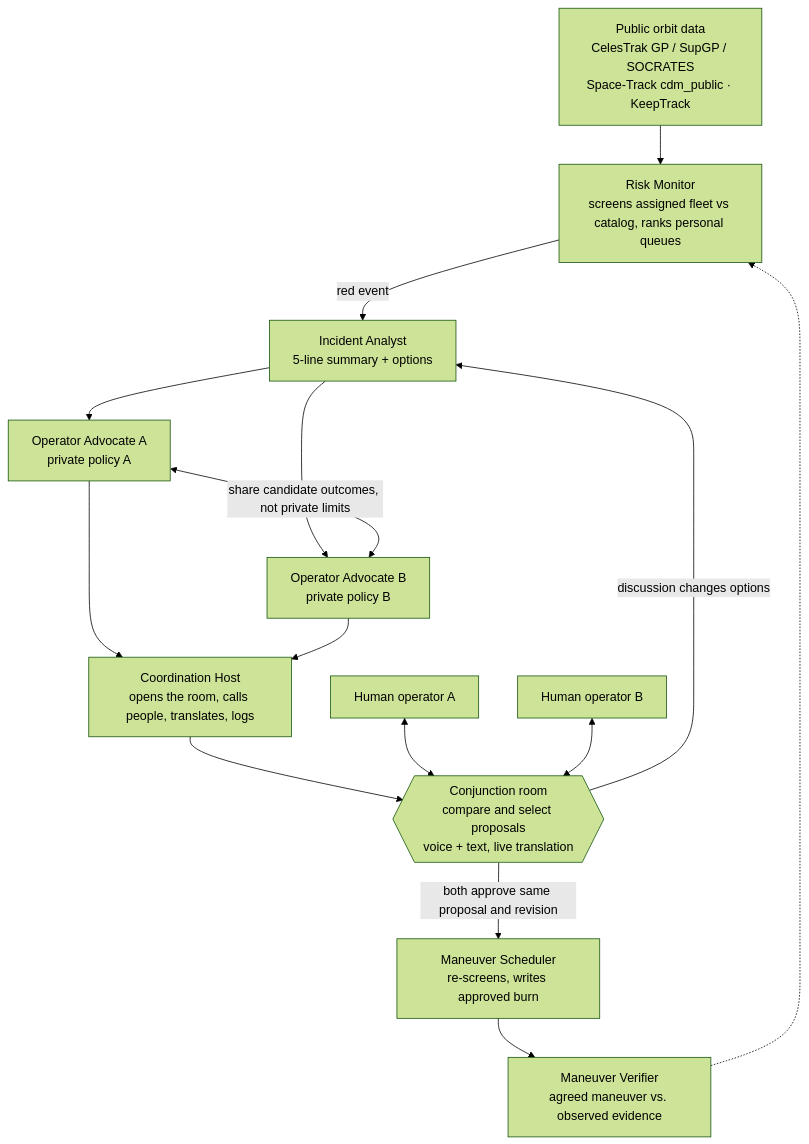
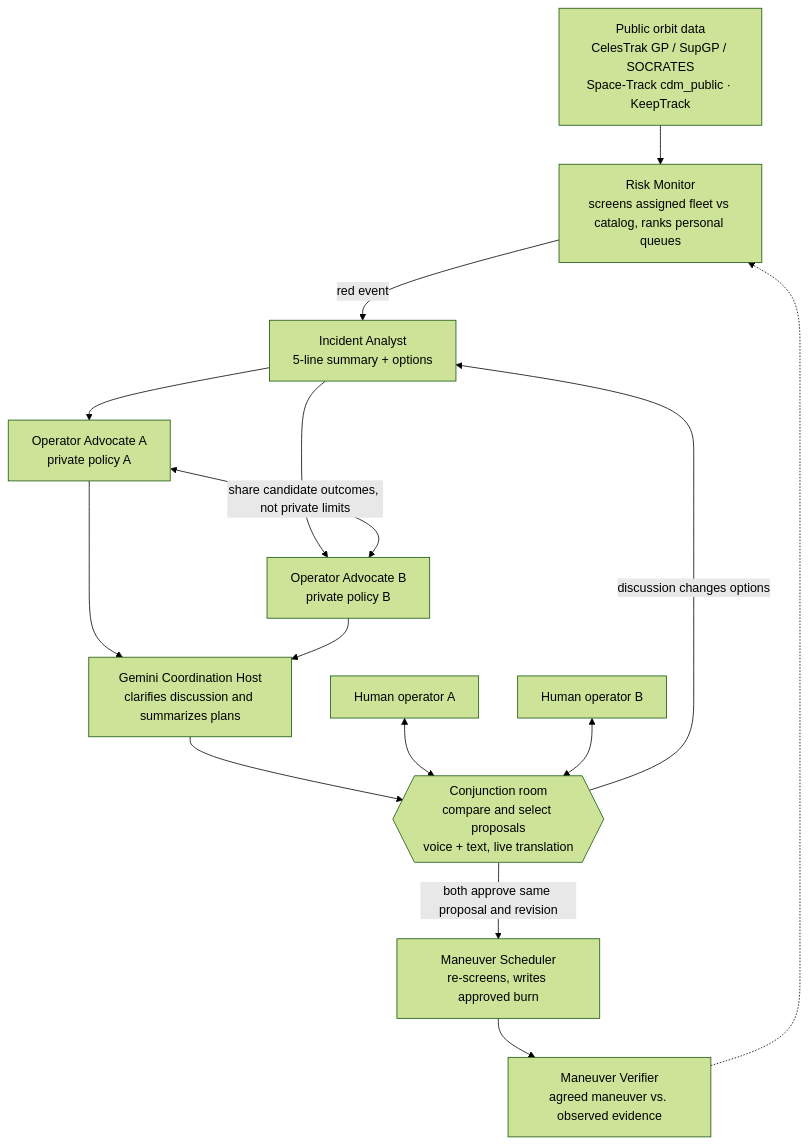
Before and after one commit to ksavkin/OrbitCall: the diagram in README.md, drawn with Mermaid (forest theme). The commit also changed other lines of this file and 14 other files, not shown here.

Commit message:
Add Gemini Coordination Host and align docs with the master roadmap

````diff
--- a/README.md
+++ b/README.md
@@ -38,17 +38,17 @@
 ```mermaid
 flowchart TD
     D["Public orbit data<br/>CelesTrak GP / SupGP / SOCRATES<br/>Space-Track cdm_public · KeepTrack"] --> S[Risk Monitor<br/>screens assigned fleet vs catalog, ranks personal queues]
     S -- "red event" --> AN[Incident Analyst<br/>5-line summary + options]
     AN --> OA[Operator Advocate A<br/>private policy A]
     AN --> OB[Operator Advocate B<br/>private policy B]
     OA <-- "share candidate outcomes, not private limits" --> OB
-    OA --> DI[Coordination Host<br/>opens the room, calls people, translates, logs]
+    OA --> DI[Gemini Coordination Host<br/>clarifies discussion and summarizes plans]
     OB --> DI
     DI --> R{{"Conjunction room<br/>compare and select proposals<br/>voice + text, live translation"}}
     HA[Human operator A] <--> R
     HB[Human operator B] <--> R
     R -- "discussion changes options" --> AN
     R -- "both approve same proposal and revision" --> EX[Maneuver Scheduler<br/>re-screens, writes approved burn]
     EX --> VE[Maneuver Verifier<br/>agreed maneuver vs. observed evidence]
     VE -.-> S
 ```
````
